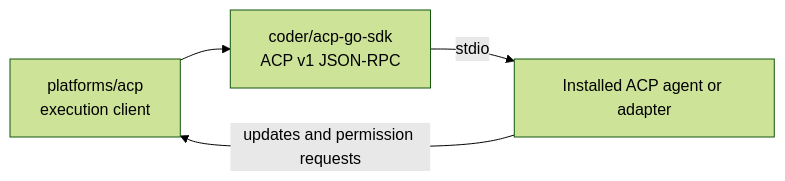
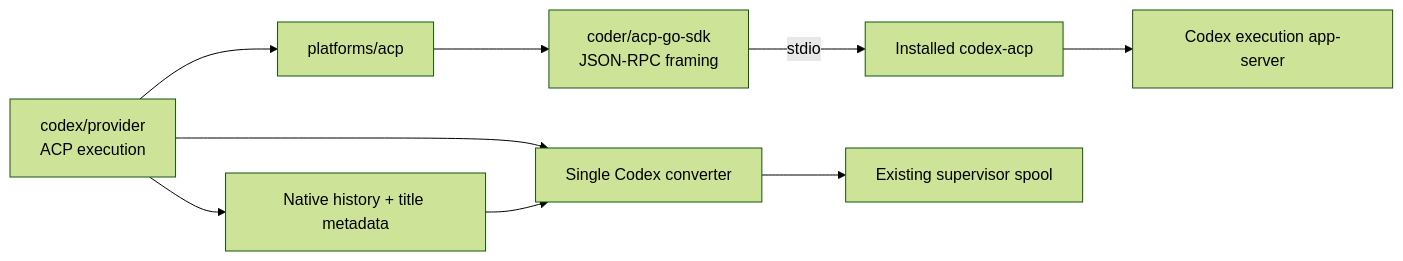
Diagram 15 of 19 in docs/other/architecture.md (ocman/ocman), drawn with Mermaid (forest theme) before and after one commit. The commit also changed other lines of this file and 74 other files, not shown here.

Commit message:
feat(codex): use ACP execution and guide adapter setup

````diff
--- a/docs/other/architecture.md
+++ b/docs/other/architecture.md
@@ -1834,6 +1832,11 @@
 ```mermaid
 flowchart LR
-    ACP[platforms/acp<br/>execution client] --> SDK[coder/acp-go-sdk<br/>ACP v1 JSON-RPC]
-    SDK -->|stdio| Agent[Installed ACP agent or adapter]
-    Agent -->|updates and permission requests| ACP
+    Executor[codex/provider<br/>ACP execution] --> ACP[platforms/acp]
+    ACP --> SDK[coder/acp-go-sdk<br/>JSON-RPC framing]
+    SDK -->|stdio| Adapter[Installed codex-acp]
+    Adapter --> Writer[Codex execution app-server]
+    Executor --> Reader[Native history + title metadata]
+    Executor --> Converter[Single Codex converter]
+    Reader --> Converter
+    Converter --> Spool[Existing supervisor spool]
 ```
````
